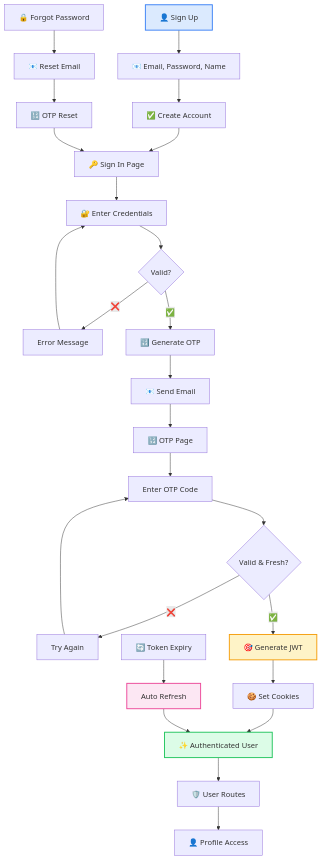
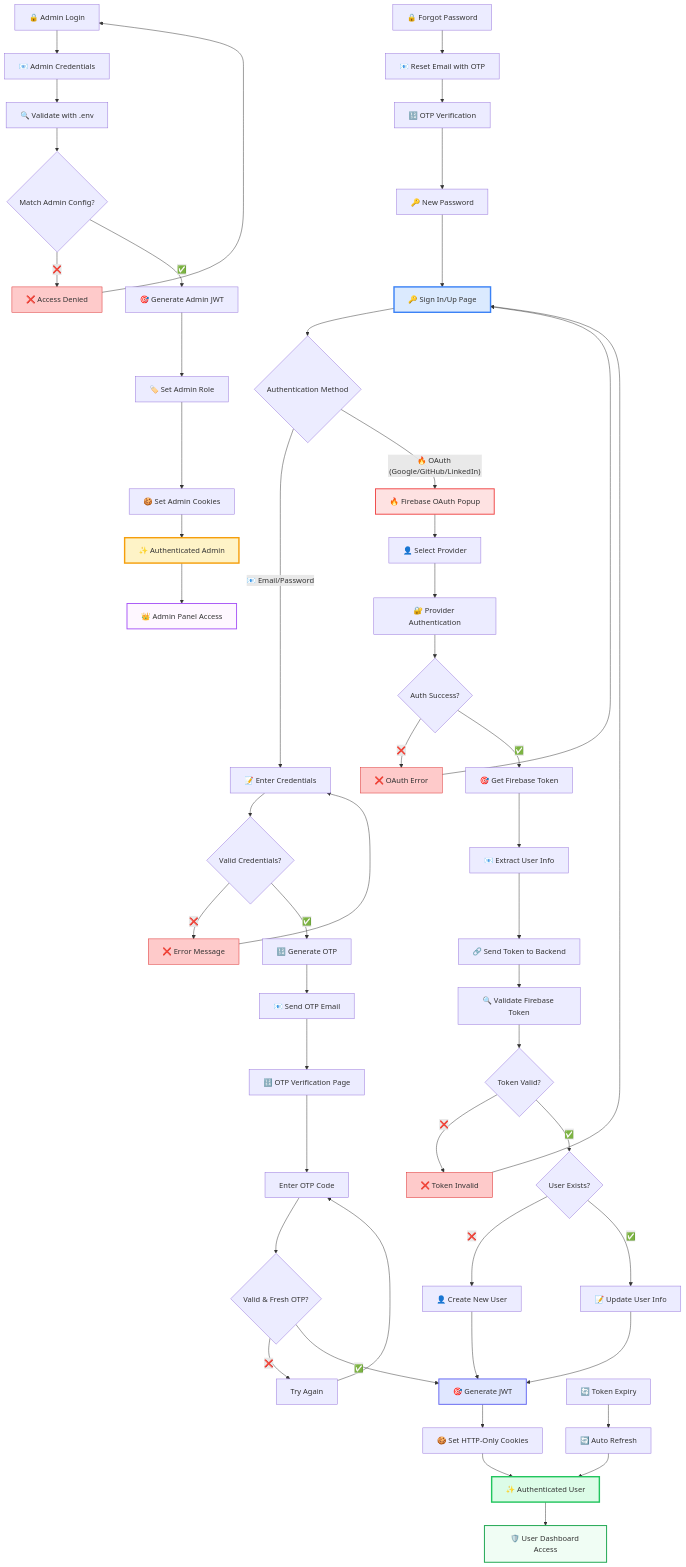
The first of 3 diagrams in README.md (sinanptm/full-stack-template), drawn with Mermaid before and after one commit. The commit also changed other lines of this file, not shown here.

````diff
--- a/README.md
+++ b/README.md
@@ -30,37 +32,80 @@
 ```mermaid
 graph TB
-    A["👤 Sign Up"] --> B["📧 Email, Password, Name"]
-    B --> C["✅ Create Account"]
-    C --> D["🔑 Sign In Page"]
+    %% Entry Point
+    A["🔑 Sign In/Up Page"] --> B{"Authentication Method"}
     
-    D --> E["🔐 Enter Credentials"]
-    E --> F{"Valid?"}
-    F -->|"❌"| G["Error Message"]
-    G --> E
-    F -->|"✅"| H["🔢 Generate OTP"]
-    H --> I["📧 Send Email"]
-    I --> J["🔢 OTP Page"]
+    %% Email/Password Flow
+    B -->|"📧 Email/Password"| C["📝 Enter Credentials"]
+    C --> D{"Valid Credentials?"}
+    D -->|"❌"| E["❌ Error Message"]
+    E --> C
+    D -->|"✅"| F["🔢 Generate OTP"]
+    F --> G["📧 Send OTP Email"]
+    G --> H["🔢 OTP Verification Page"]
+    H --> I["Enter OTP Code"]
+    I --> J{"Valid & Fresh OTP?"}
+    J -->|"❌"| K["Try Again"]
+    K --> I
+    J -->|"✅"| L["🎯 Generate JWT"]
     
-    J --> K["Enter OTP Code"]
-    K --> L{"Valid & Fresh?"}
-    L -->|"❌"| M["Try Again"]
-    M --> K
-    L -->|"✅"| N["🎯 Generate JWT"]
-    N --> O["🍪 Set Cookies"]
-    O --> P["✨ Authenticated User"]
+    %% OAuth Flow
+    B -->|"🔥 OAuth (Google/GitHub/LinkedIn)"| M["🔥 Firebase OAuth Popup"]
+    M --> N["👤 Select Provider"]
+    N --> O["🔐 Provider Authentication"]
+    O --> P{"Auth Success?"}
+    P -->|"❌"| Q["❌ OAuth Error"]
+    Q --> A
+    P -->|"✅"| R["🎯 Get Firebase Token"]
+    R --> S["📧 Extract User Info"]
+    S --> T["🔗 Send Token to Backend"]
+    T --> U["🔍 Validate Firebase Token"]
+    U --> V{"Token Valid?"}
+    V -->|"❌"| W["❌ Token Invalid"]
+    W --> A
+    V -->|"✅"| X{"User Exists?"}
+    X -->|"❌"| Y["👤 Create New User"]
+    X -->|"✅"| Z["📝 Update User Info"]
+    Y --> L
+    Z --> L
     
-    P --> Q["🛡️ User Routes"]
-    Q --> R["👤 Profile Access"]
+    %% Common Final Steps
+    L --> AA["🍪 Set HTTP-Only Cookies"]
+    AA --> BB["✨ Authenticated User"]
+    BB --> CC["🛡️ User Dashboard Access"]
     
-    S["🔄 Token Expiry"] --> T["Auto Refresh"]
-    T --> P
+    %% Additional Flows
+    DD["🔄 Token Expiry"] --> EE["🔄 Auto Refresh"]
+    EE --> BB
     
-    U["🔒 Forgot Password"] --> V["📧 Reset Email"]
-    V --> W["🔢 OTP Reset"]
-    W --> D
+    FF["🔒 Forgot Password"] --> GG["📧 Reset Email with OTP"]
+    GG --> HH["🔢 OTP Verification"]
+    HH --> II["🔑 New Password"]
+    II --> A
     
-    style A fill:#dbeafe,stroke:#3b82f6,stroke-width:2px
-    style P fill:#dcfce7,stroke:#22c55e,stroke-width:2px
-    style N fill:#fef3c7,stroke:#f59e0b,stroke-width:2px
-    style T fill:#fce7f3,stroke:#ec4899,stroke-width:2px
+    %% Admin Flow (Separate)
+    JJ["🔒 Admin Login"] --> KK["📧 Admin Credentials"]
+    KK --> LL["🔍 Validate with .env"]
+    LL --> MM{"Match Admin Config?"}
+    MM -->|"❌"| NN["❌ Access Denied"]
+    NN --> JJ
+    MM -->|"✅"| OO["🎯 Generate Admin JWT"]
+    OO --> PP["🏷️ Set Admin Role"]
+    PP --> QQ["🍪 Set Admin Cookies"]
+    QQ --> RR["✨ Authenticated Admin"]
+    RR --> SS["👑 Admin Panel Access"]
+    
+    %% Styling
+    style A fill:#dbeafe,stroke:#3b82f6,stroke-width:3px
+    style BB fill:#dcfce7,stroke:#22c55e,stroke-width:3px
+    style RR fill:#fef3c7,stroke:#f59e0b,stroke-width:3px
+    style L fill:#e0e7ff,stroke:#6366f1,stroke-width:2px
+    style M fill:#fee2e2,stroke:#ef4444,stroke-width:2px
+    style CC fill:#f0fdf4,stroke:#16a34a,stroke-width:2px
+    style SS fill:#fef7ff,stroke:#a855f7,stroke-width:2px
+    
+    %% Error States
+    style E fill:#fecaca,stroke:#dc2626,stroke-width:1px
+    style Q fill:#fecaca,stroke:#dc2626,stroke-width:1px
+    style W fill:#fecaca,stroke:#dc2626,stroke-width:1px
+    style NN fill:#fecaca,stroke:#dc2626,stroke-width:1px
 ```
````
